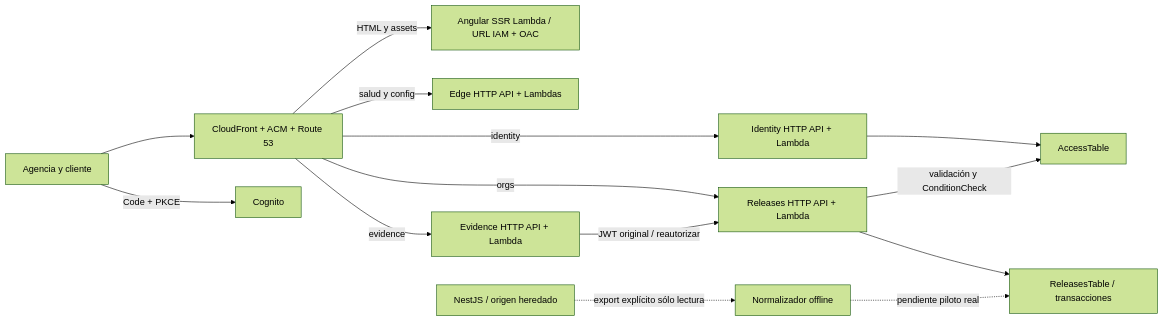
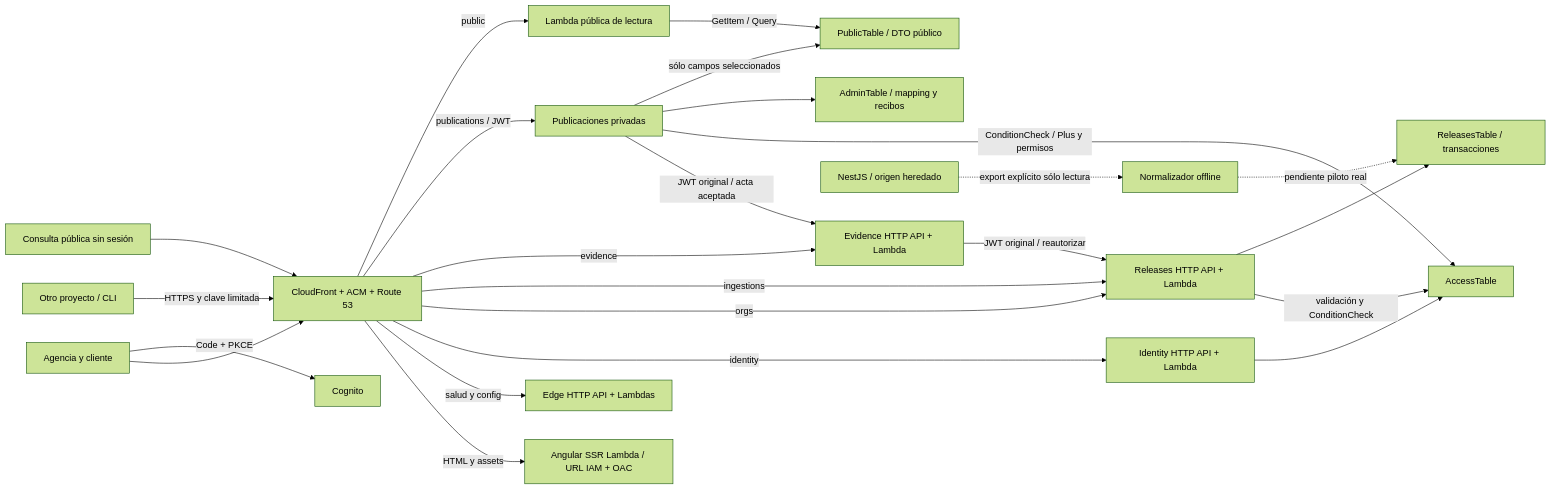
The diagram in docs/architecture/ARCHITECTURE.md (LynxPardelle/logs-of-change), drawn with Mermaid (forest theme) before and after one commit. The commit also changed other lines of this file and 66 other files, not shown here.

Commit message:
feat: add portable Plus integrations and public dashboards

````diff
--- a/docs/architecture/ARCHITECTURE.md
+++ b/docs/architecture/ARCHITECTURE.md
@@ -16,16 +17,26 @@
 ```mermaid
 flowchart LR
   U[Agencia y cliente] --> CF[CloudFront + ACM + Route 53]
   CF -->|HTML y assets| SSR[Angular SSR Lambda / URL IAM + OAC]
   CF -->|salud y config| EDGE[Edge HTTP API + Lambdas]
   CF -->|identity| ID[Identity HTTP API + Lambda]
   CF -->|orgs| REL[Releases HTTP API + Lambda]
+  EXT[Otro proyecto / CLI] -->|HTTPS y clave limitada| CF
+  CF -->|ingestions| REL
   CF -->|evidence| EV[Evidence HTTP API + Lambda]
+  CF -->|publications / JWT| PUB[Publicaciones privadas]
+  V[Consulta pública sin sesión] --> CF
+  CF -->|public| READ[Lambda pública de lectura]
   U -->|Code + PKCE| COG[Cognito]
   ID --> ACL[AccessTable]
   REL -->|validación y ConditionCheck| ACL
   REL --> DB[ReleasesTable / transacciones]
   EV -->|JWT original / reautorizar| REL
+  PUB -->|JWT original / acta aceptada| EV
+  PUB -->|ConditionCheck / Plus y permisos| ACL
+  PUB --> ADM[AdminTable / mapping y recibos]
+  PUB -->|sólo campos seleccionados| DTO[PublicTable / DTO público]
+  READ -->|GetItem / Query| DTO
   LEG[NestJS / origen heredado] -.->|export explícito sólo lectura| MIG[Normalizador offline]
   MIG -.->|pendiente piloto real| DB
 ```
````
